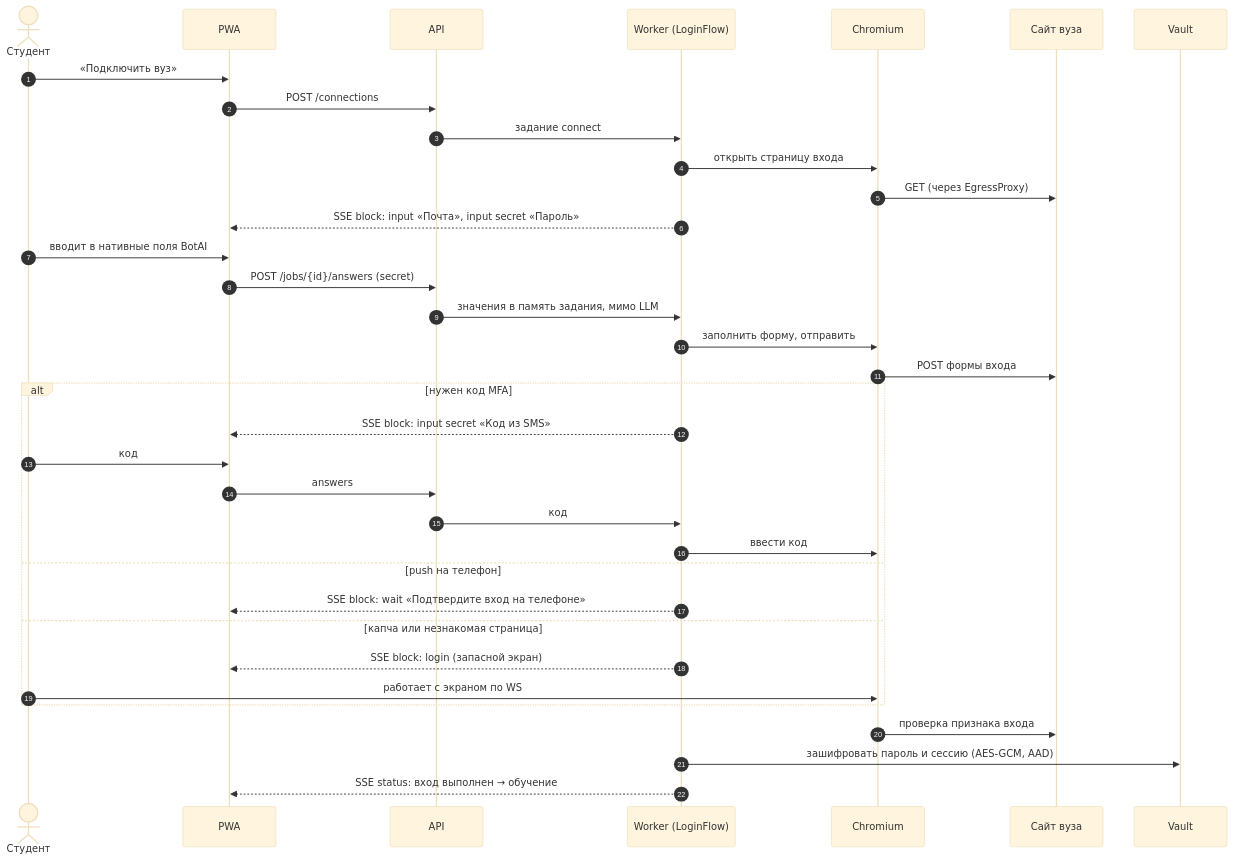
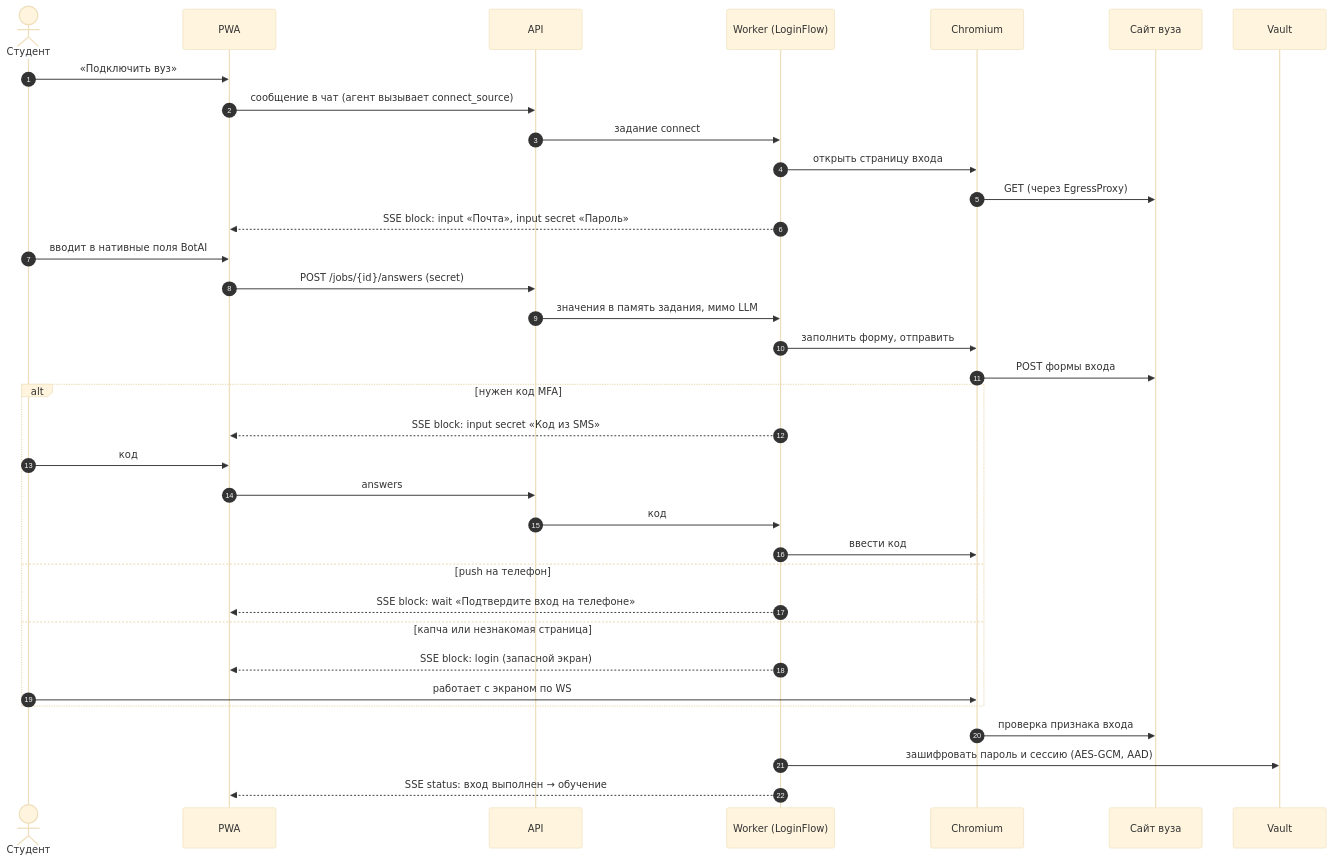
Before and after one commit to MattoYuzuru/Botai: the fourth of 6 diagrams in docs/architecture/hld.md, drawn with Mermaid (base theme). The commit also changed other lines of this file and 27 other files, not shown here.

````diff
--- a/docs/architecture/hld.md
+++ b/docs/architecture/hld.md
@@ -130,38 +133,38 @@
 ```mermaid
 sequenceDiagram
     autonumber
     actor S as Студент
     participant P as PWA
     participant A as API
     participant W as Worker (LoginFlow)
     participant B as Chromium
     participant U as Сайт вуза
     participant V as Vault
 
     S->>P: «Подключить вуз»
-    P->>A: POST /connections
+    P->>A: сообщение в чат (агент вызывает connect_source)
     A->>W: задание connect
     W->>B: открыть страницу входа
     B->>U: GET (через EgressProxy)
     W-->>P: SSE block: input «Почта», input secret «Пароль»
     S->>P: вводит в нативные поля BotAI
     P->>A: POST /jobs/{id}/answers (secret)
     A->>W: значения в память задания, мимо LLM
     W->>B: заполнить форму, отправить
     B->>U: POST формы входа
     alt нужен код MFA
         W-->>P: SSE block: input secret «Код из SMS»
         S->>P: код
         P->>A: answers
         A->>W: код
         W->>B: ввести код
     else push на телефон
         W-->>P: SSE block: wait «Подтвердите вход на телефоне»
     else капча или незнакомая страница
         W-->>P: SSE block: login (запасной экран)
         S->>B: работает с экраном по WS
     end
     B->>U: проверка признака входа
     W->>V: зашифровать пароль и сессию (AES-GCM, AAD)
     W-->>P: SSE status: вход выполнен → обучение
 ```
````
